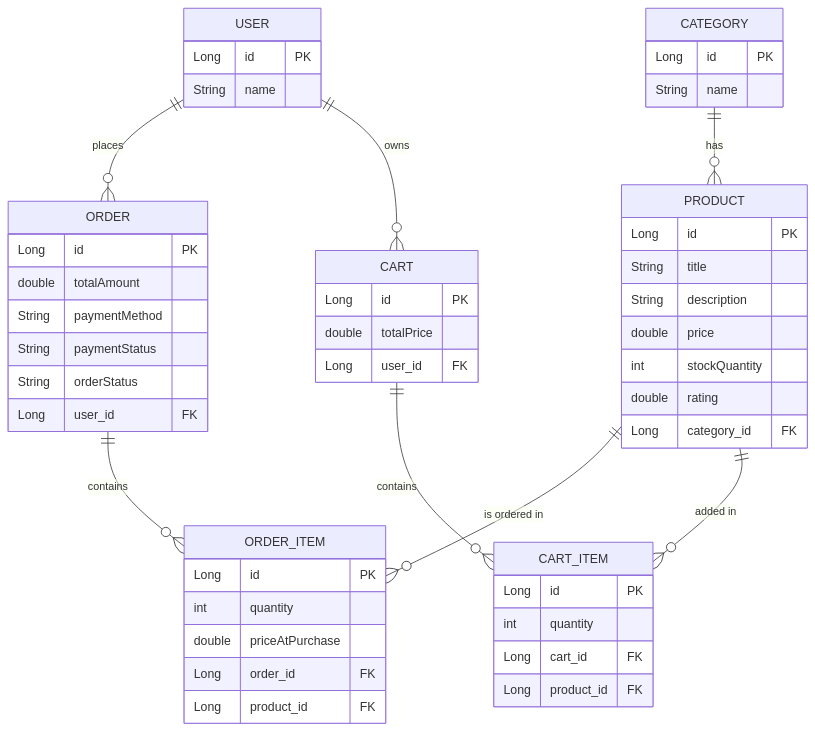
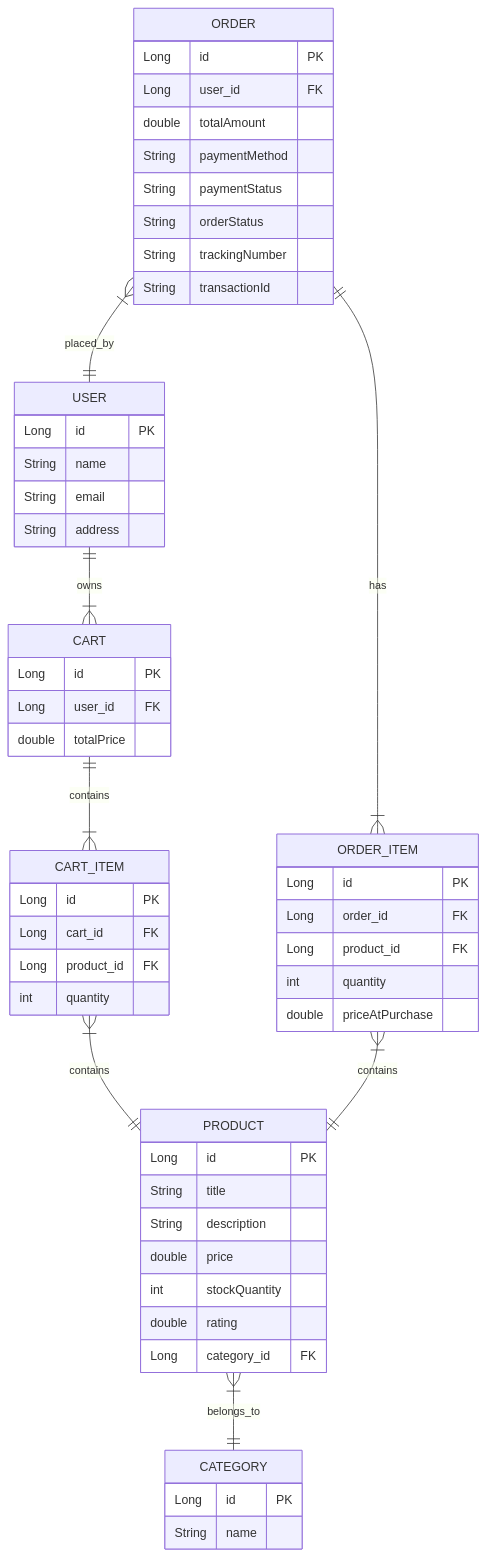
The diagram in SchemaDesign/ProductManagement.mmd (goelvinay5/WoolfProjectDocumentation), drawn with Mermaid before and after one commit. The commit also changed 5 other files, not shown here.

```diff
--- a/SchemaDesign/ProductManagement.mmd
+++ b/SchemaDesign/ProductManagement.mmd
@@ -1,58 +1,64 @@
 erDiagram
     USER {
         Long id PK
         String name
+        String email
+        String address
     }
-
-    CATEGORY {
+    
+    CART {
         Long id PK
-        String name
+        Long user_id FK
+        double totalPrice
     }
-
+    
+    CART_ITEM {
+        Long id PK
+        Long cart_id FK
+        Long product_id FK
+        int quantity
+    }
+    
     PRODUCT {
         Long id PK
         String title
         String description
         double price
         int stockQuantity
         double rating
         Long category_id FK
     }
-
+    
+    CATEGORY {
+        Long id PK
+        String name
+    }
+    
     ORDER {
         Long id PK
+        Long user_id FK
         double totalAmount
         String paymentMethod
         String paymentStatus
         String orderStatus
-        Long user_id FK
+        String trackingNumber
+        String transactionId
     }
-
+    
     ORDER_ITEM {
         Long id PK
+        Long order_id FK
+        Long product_id FK
         int quantity
         double priceAtPurchase
-        Long order_id FK
-        Long product_id FK
     }
-
-    CART {
-        Long id PK
-        double totalPrice
-        Long user_id FK
-    }
-
-    CART_ITEM {
-        Long id PK
-        int quantity
-        Long cart_id FK
-        Long product_id FK
-    }
-
-    CATEGORY ||--o{ PRODUCT : "has"
-    USER ||--o{ ORDER : "places"
-    ORDER ||--o{ ORDER_ITEM : "contains"
-    PRODUCT ||--o{ ORDER_ITEM : "is ordered in"
-    USER ||--o{ CART : "owns"
-    CART ||--o{ CART_ITEM : "contains"
-    PRODUCT ||--o{ CART_ITEM : "added in"
+    
+    USER ||--|{ CART : owns
+    CART ||--|{ CART_ITEM : contains
+    CART_ITEM }|--|| PRODUCT : contains
+    
+    ORDER ||--|{ ORDER_ITEM : has
+    ORDER }|--|| USER : placed_by
+    ORDER_ITEM }|--|| PRODUCT : contains
+    
+    PRODUCT }|--|| CATEGORY : belongs_to
```
